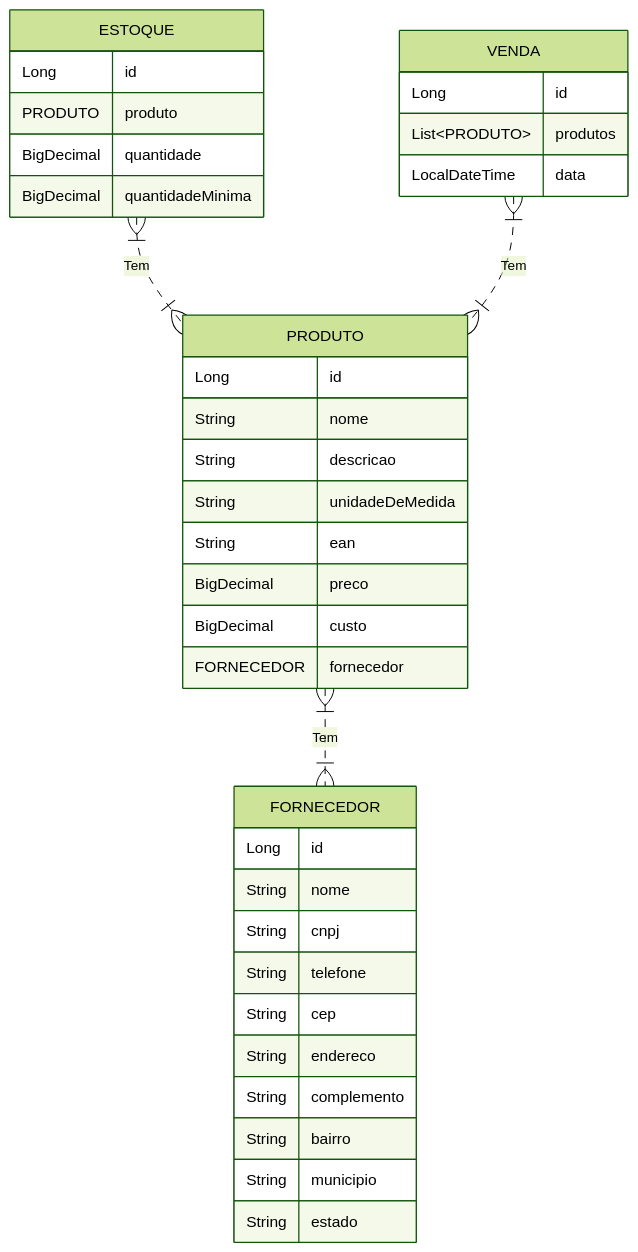
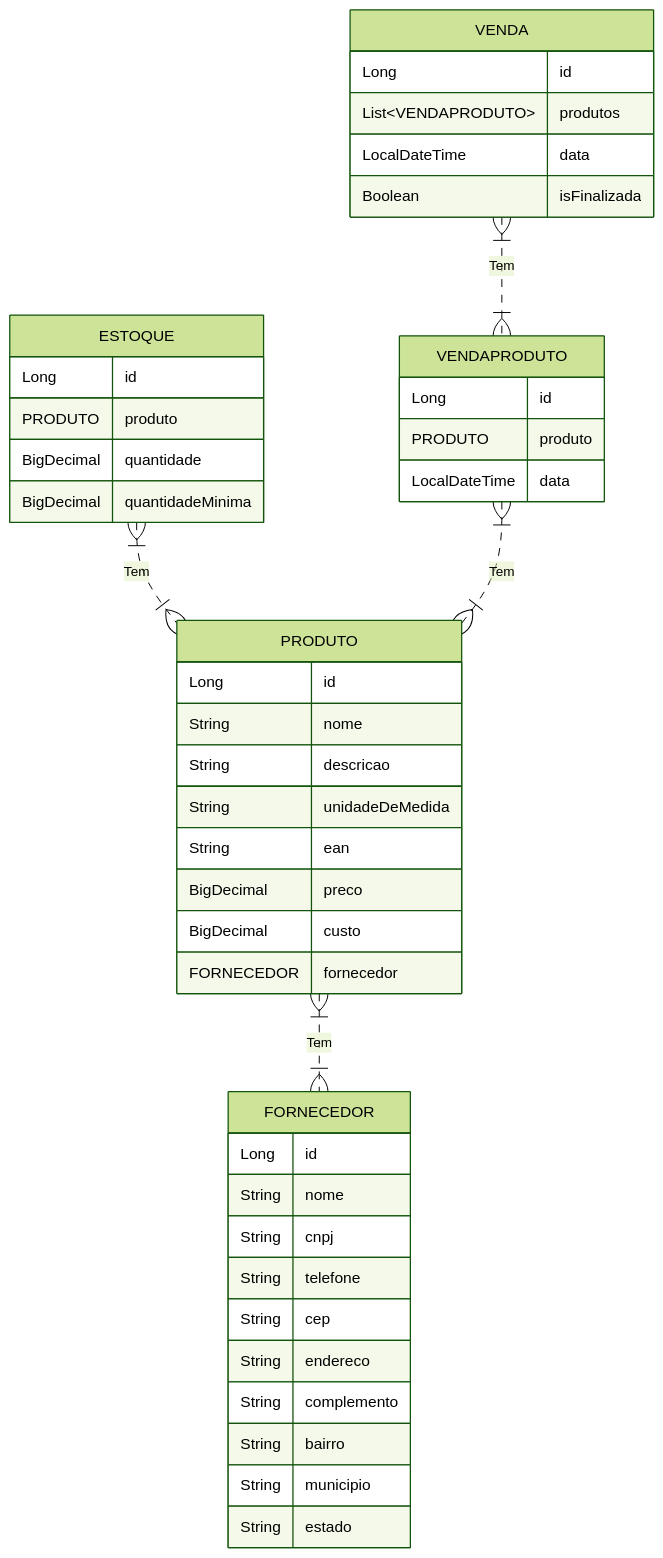
The diagram in Diagramas/entidade-relacionamento.md (Eduardo-Karpinski/TCC), drawn with Mermaid (forest theme) before and after one commit. The commit also changed 20 other files, not shown here.

````diff
--- a/Diagramas/entidade-relacionamento.md
+++ b/Diagramas/entidade-relacionamento.md
@@ -1,40 +1,47 @@
 ```mermaid
 erDiagram
     PRODUTO }|..|{ FORNECEDOR : "Tem"
     ESTOQUE }|..|{ PRODUTO : "Tem"
-    VENDA }|..|{ PRODUTO : "Tem"
+    VENDA }|..|{ VENDAPRODUTO : "Tem"
+    VENDAPRODUTO }|..|{ PRODUTO : "Tem"
 
     PRODUTO {
         Long id
         String nome
         String descricao
         String unidadeDeMedida
         String ean
         BigDecimal preco
         BigDecimal custo
         FORNECEDOR fornecedor
     }
     FORNECEDOR {
         Long id
         String nome
         String cnpj
         String telefone
         String cep
         String endereco
         String complemento
         String bairro
         String municipio
         String estado
     }
     ESTOQUE {
         Long id
         PRODUTO produto
         BigDecimal quantidade
         BigDecimal quantidadeMinima
     }
     VENDA {
         Long id
-        List~PRODUTO~ produtos
+        List~VENDAPRODUTO~ produtos
+        LocalDateTime data
+        Boolean isFinalizada
+    }
+    VENDAPRODUTO {
+        Long id
+        PRODUTO produto
         LocalDateTime data
     }
 ```
````
